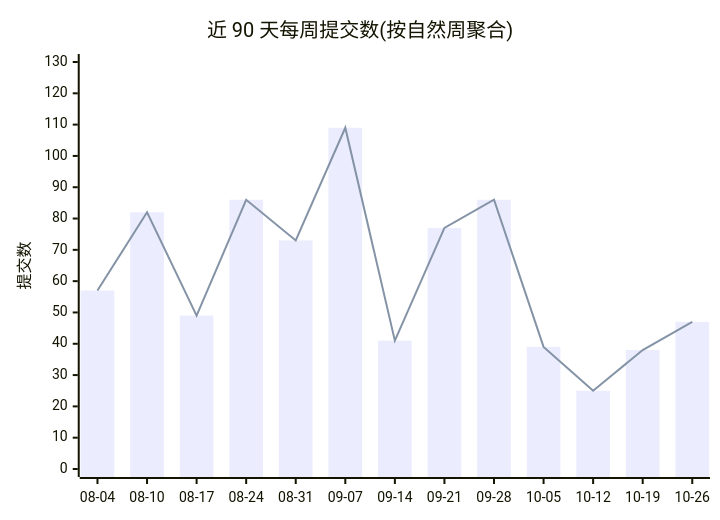
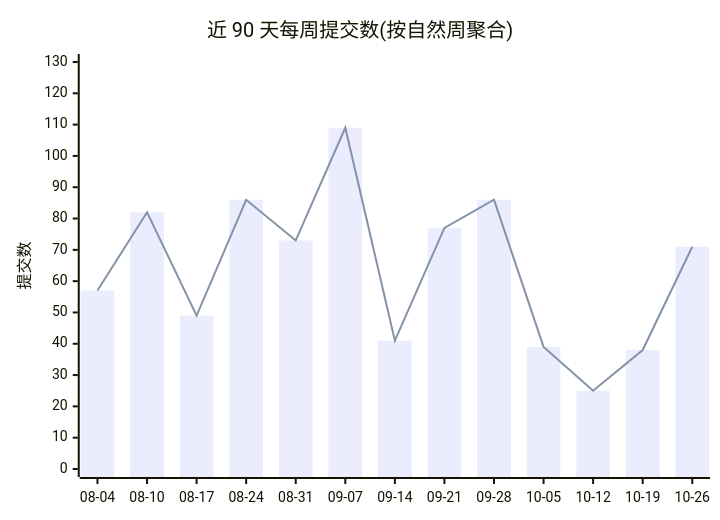
One commit to Conflux-Union/.github changed the first of 2 diagrams in profile/README.md. Above: the diagram before and after it, drawn with Mermaid. The commit also changed other lines of this file and 1 other file, not shown here.

````diff
--- a/profile/README.md
+++ b/profile/README.md
@@ -47,8 +47,8 @@
 ```mermaid
 xychart-beta
     title "近 90 天每周提交数(按自然周聚合)"
     x-axis ["08-04", "08-10", "08-17", "08-24", "08-31", "09-07", "09-14", "09-21", "09-28", "10-05", "10-12", "10-19", "10-26"]
     y-axis "提交数" 0 --> 130
-    bar [57, 82, 49, 86, 73, 109, 41, 77, 86, 39, 25, 38, 47]
-    line [57, 82, 49, 86, 73, 109, 41, 77, 86, 39, 25, 38, 47]
+    bar [57, 82, 49, 86, 73, 109, 41, 77, 86, 39, 25, 38, 71]
+    line [57, 82, 49, 86, 73, 109, 41, 77, 86, 39, 25, 38, 71]
 ```
````
